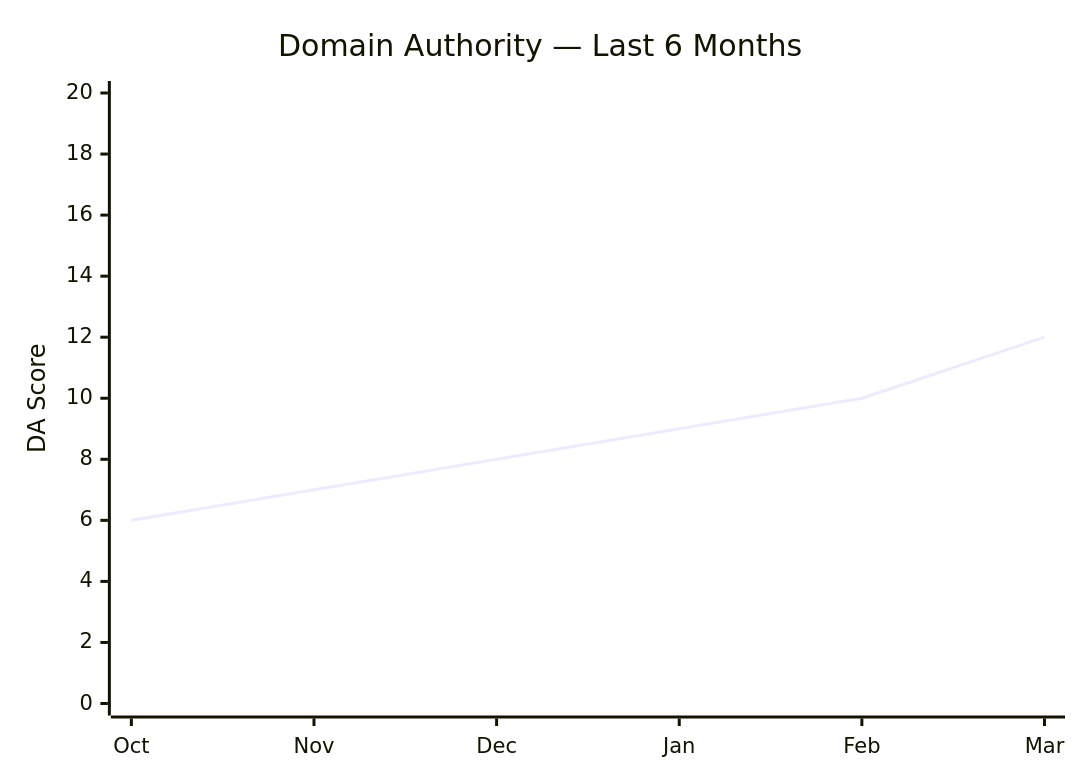
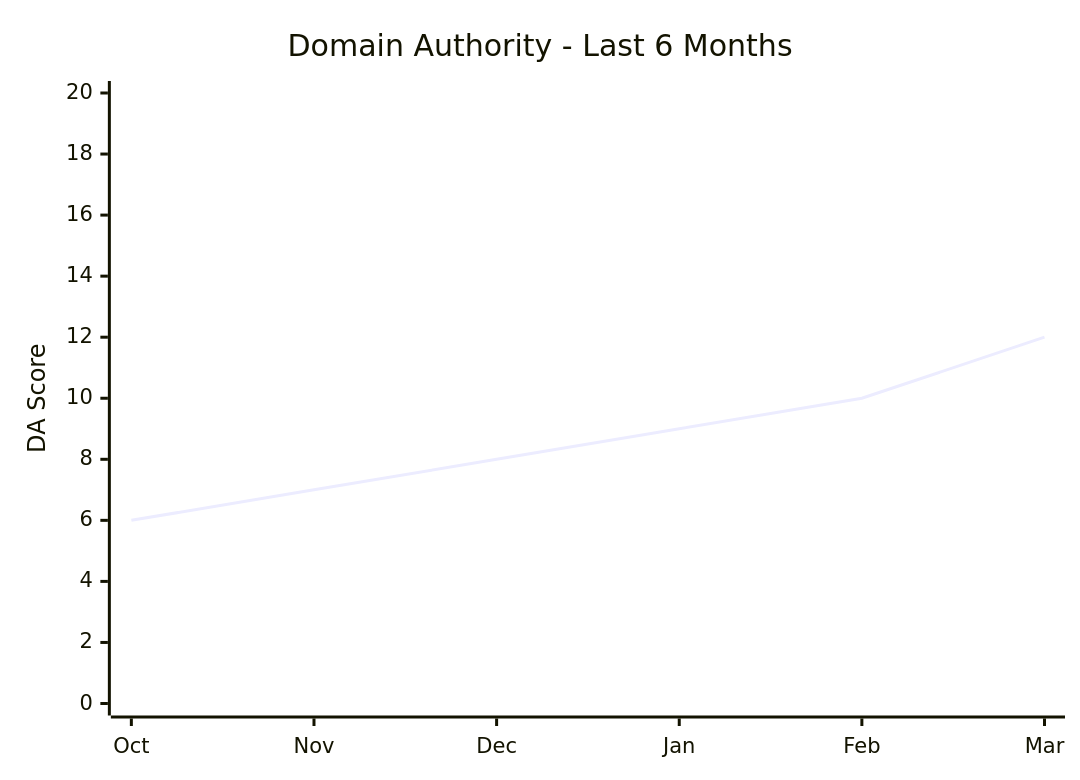
One commit to clarkemoyer/technologyadoptionbarriers.org changed the third of 3 diagrams in docs/seo/seo-dashboard-2026-03.md. Above: the diagram before and after it, drawn with Mermaid. The commit also changed other lines of this file and 25 other files, not shown here.

````diff
--- a/docs/seo/seo-dashboard-2026-03.md
+++ b/docs/seo/seo-dashboard-2026-03.md
@@ -157,7 +157,7 @@
 ```mermaid
 xychart-beta
-  title "Domain Authority — Last 6 Months"
+  title "Domain Authority  -  Last 6 Months"
   x-axis ["Oct", "Nov", "Dec", "Jan", "Feb", "Mar"]
   y-axis "DA Score" 0 --> 20
   line [6, 7, 8, 9, 10, 12]
 ```
````
